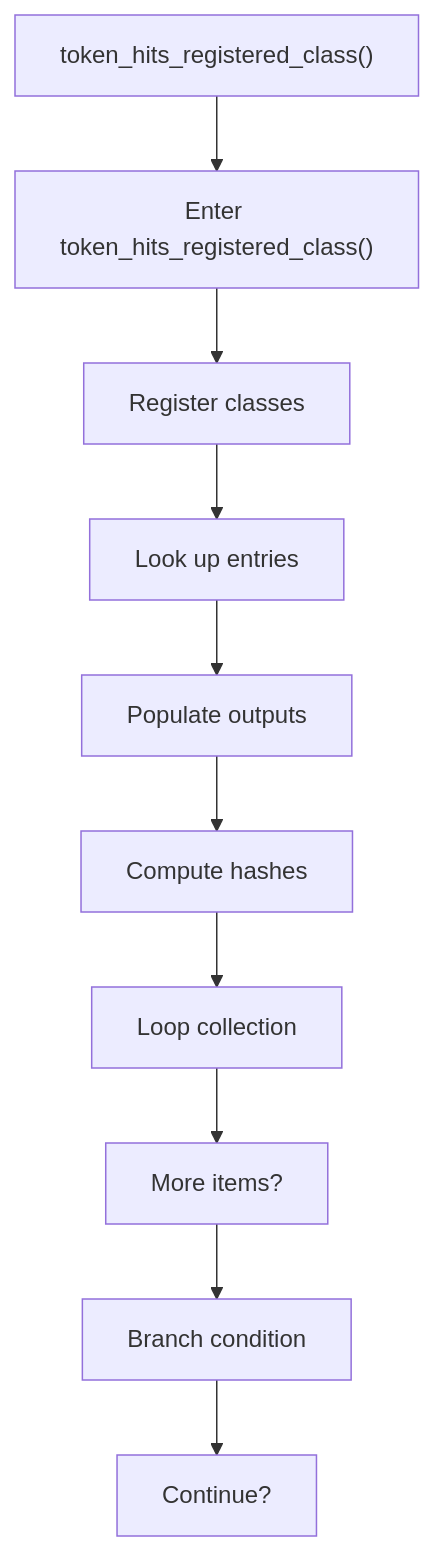
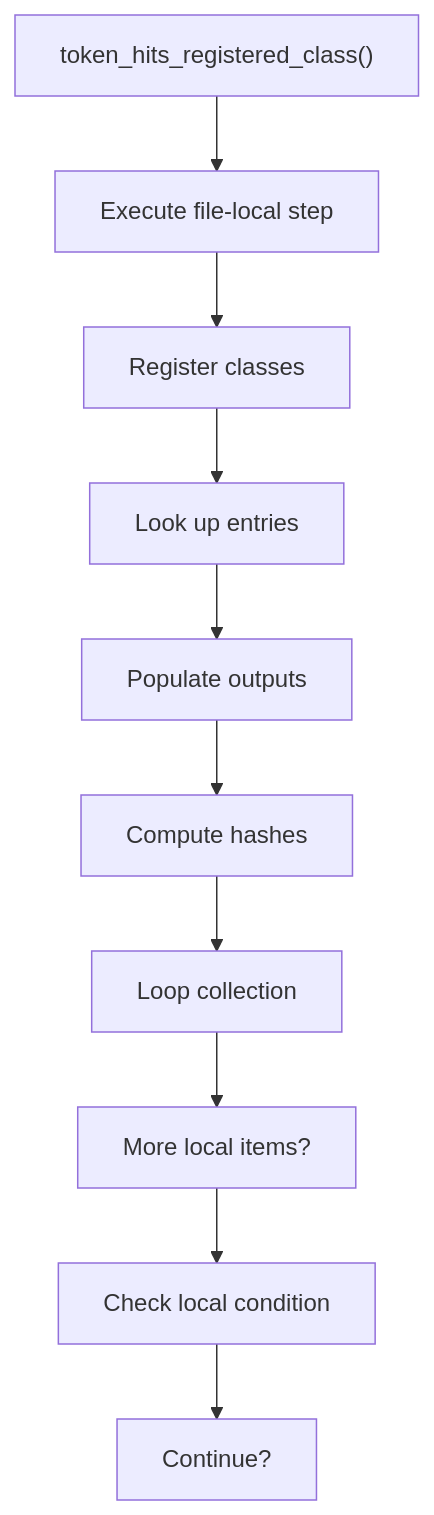
One commit to JohnAndrewBalbarosa/NeoTerritory changed the seventh of 10 diagrams in docs/Codebase/Microservice/Modules/Source/Trees/ClassGeneration/Actual/Internal/registry.cpp.md. Above: the diagram before and after it, drawn with Mermaid. The commit also changed other lines of this file and 915 other files, not shown here.

````diff
--- a/docs/Codebase/Microservice/Modules/Source/Trees/ClassGeneration/Actual/Internal/registry.cpp.md
+++ b/docs/Codebase/Microservice/Modules/Source/Trees/ClassGeneration/Actual/Internal/registry.cpp.md
@@ -223,22 +222,22 @@
 ```mermaid
 flowchart TD
     N0["token_hits_registered_class()"]
-    N1["Enter token_hits_registered_class()"]
+    N1["Execute file-local step"]
     N2["Register classes"]
     N3["Look up entries"]
     N4["Populate outputs"]
     N5["Compute hashes"]
     N6["Loop collection"]
-    N7["More items?"]
-    N8["Branch condition"]
+    N7["More local items?"]
+    N8["Check local condition"]
     N9["Continue?"]
     N0 --> N1
     N1 --> N2
     N2 --> N3
     N3 --> N4
     N4 --> N5
     N5 --> N6
     N6 --> N7
     N7 --> N8
     N8 --> N9
 ```
````
